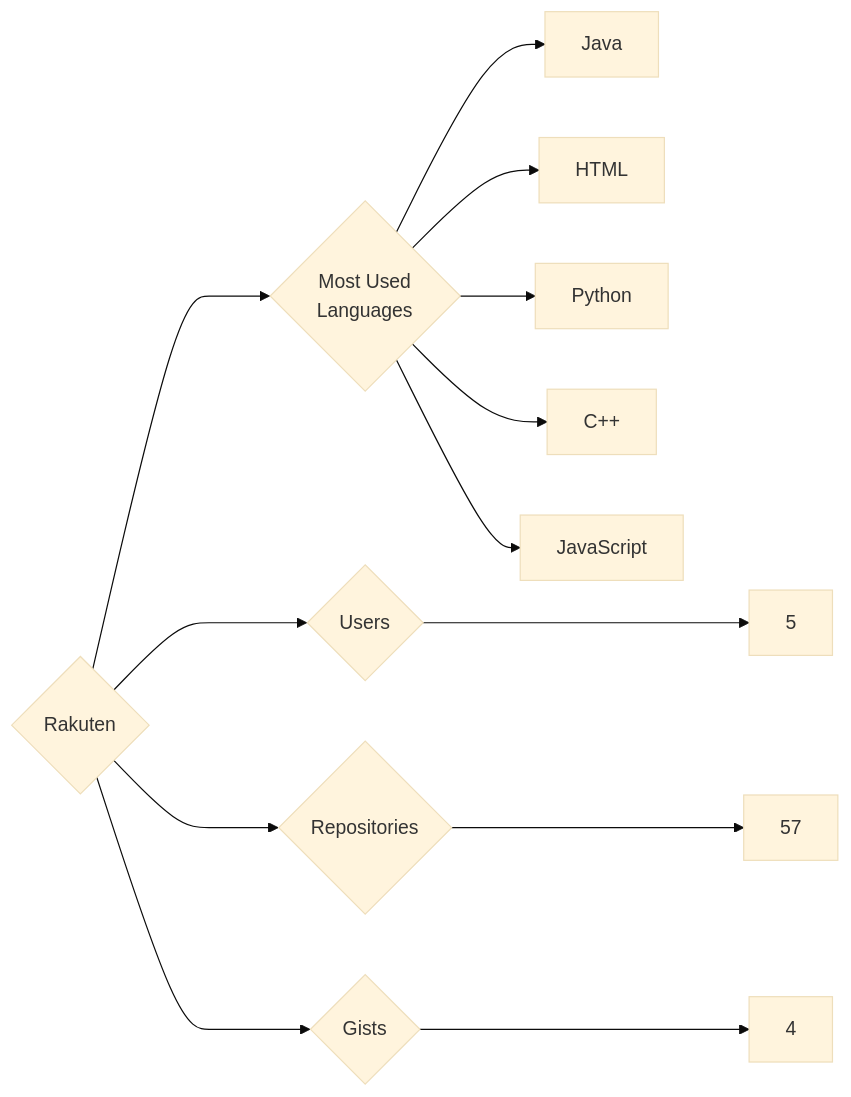
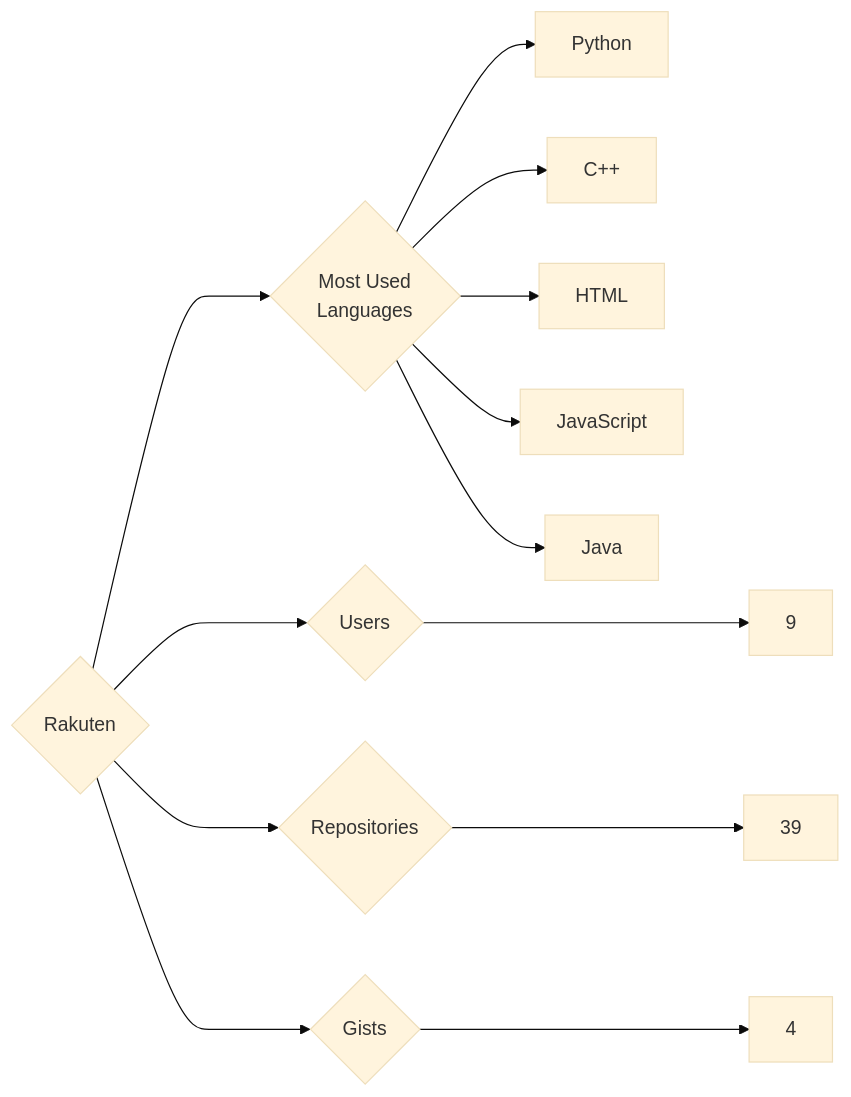
The diagram in targets/Rakuten/README.md (trickest/insiders), drawn with Mermaid (base theme) before and after one commit. The commit also changed 1389 other files, not shown here.

````diff
--- a/targets/Rakuten/README.md
+++ b/targets/Rakuten/README.md
@@ -3,13 +3,13 @@
 ```mermaid
 graph LR
 COMPANY_NAME{Rakuten}
-COMPANY_NAME ---> U{Users} ---> UN[5]
-COMPANY_NAME ---> R{Repositories} ---> RN[57]
+COMPANY_NAME ---> U{Users} ---> UN[9]
+COMPANY_NAME ---> R{Repositories} ---> RN[39]
 COMPANY_NAME ---> G{Gists} ---> GN[4]
 COMPANY_NAME ---> ML{Most Used<br>Languages}
-ML --> Java[Java]
-ML --> HTML[HTML]
 ML --> Python[Python]
 ML --> C++[C++]
+ML --> HTML[HTML]
 ML --> JavaScript[JavaScript]
+ML --> Java[Java]
 ```
````
